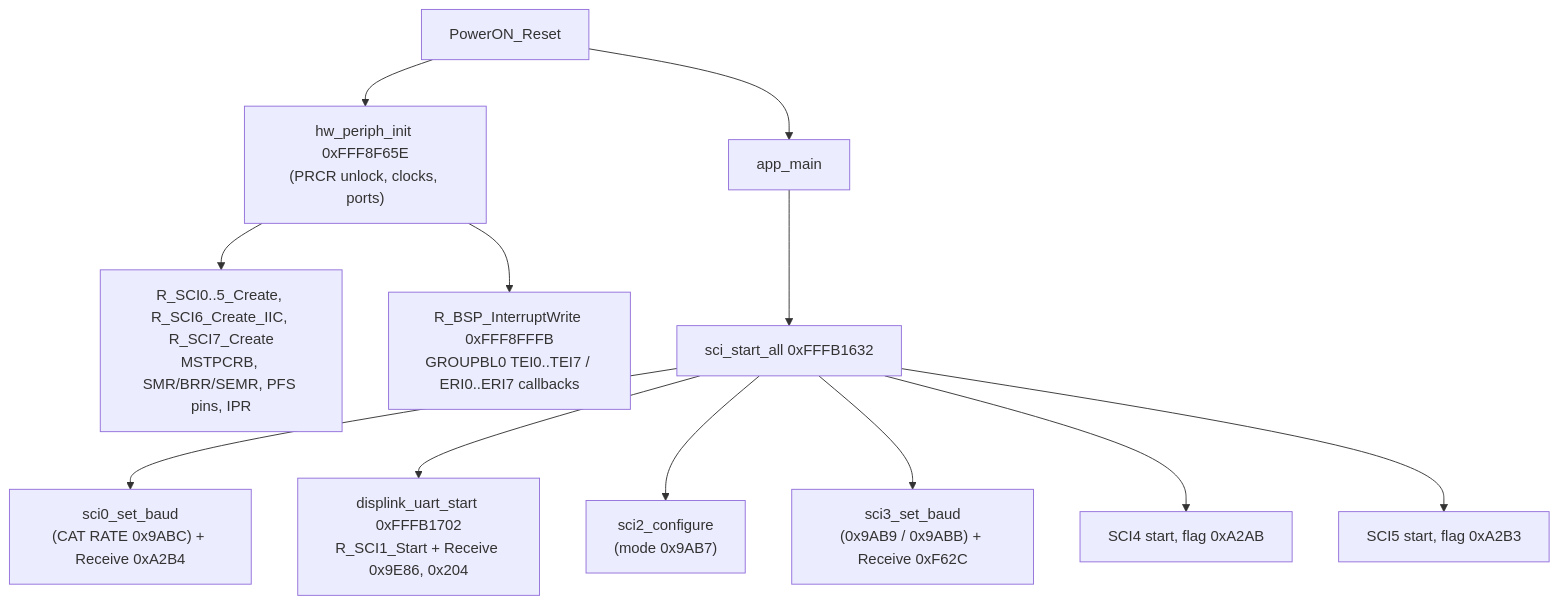
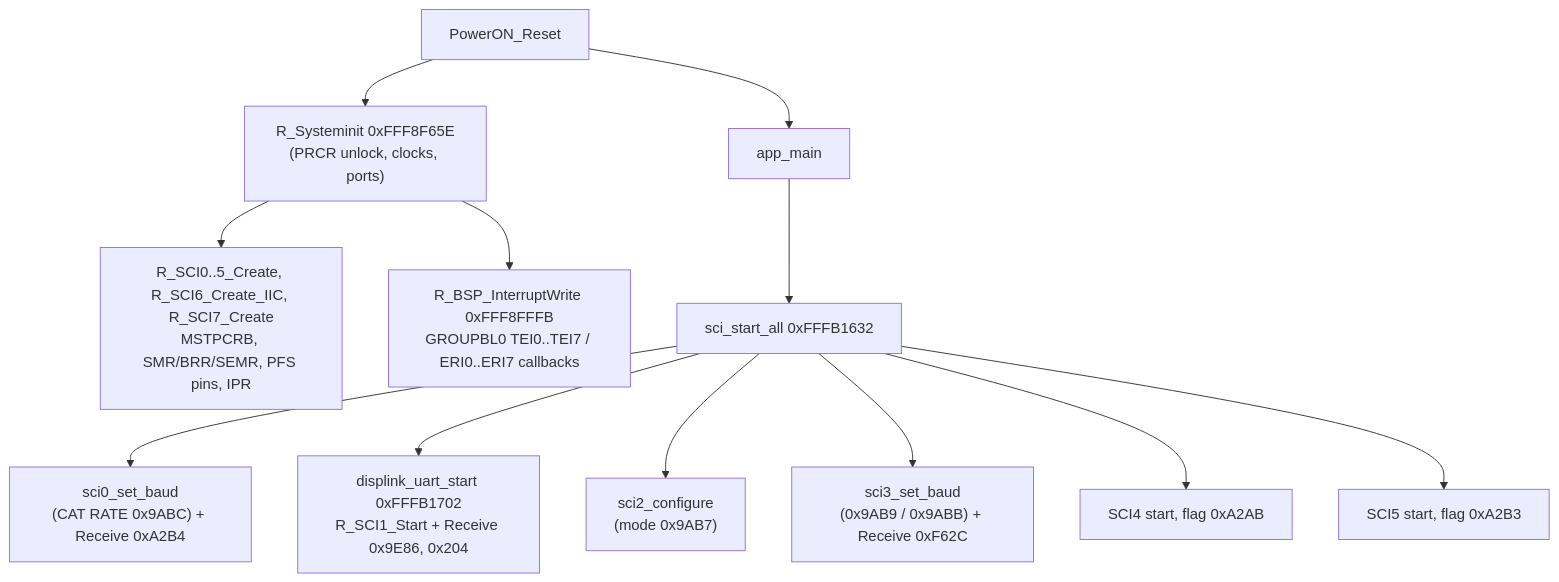
The diagram in docs/code/main/sci.md (Reid-n0rc/FT-710_Firmware), drawn with Mermaid before and after one commit. The commit also changed other lines of this file and 29 other files, not shown here.

````diff
--- a/docs/code/main/sci.md
+++ b/docs/code/main/sci.md
@@ -52,14 +51,14 @@
 ```mermaid
 flowchart TD
-  R["PowerON_Reset"] --> HW["hw_periph_init 0xFFF8F65E<br/>(PRCR unlock, clocks, ports)"]
+  R["PowerON_Reset"] --> HW["R_Systeminit 0xFFF8F65E<br/>(PRCR unlock, clocks, ports)"]
   HW --> C["R_SCI0..5_Create, R_SCI6_Create_IIC, R_SCI7_Create<br/>MSTPCRB, SMR/BRR/SEMR, PFS pins, IPR"]
   HW --> G["R_BSP_InterruptWrite 0xFFF8FFFB<br/>GROUPBL0 TEI0..TEI7 / ERI0..ERI7 callbacks"]
   R --> AM["app_main"]
   AM --> SA["sci_start_all 0xFFFB1632"]
   SA --> S0["sci0_set_baud<br/>(CAT RATE 0x9ABC) + Receive 0xA2B4"]
   SA --> S1["displink_uart_start 0xFFFB1702<br/>R_SCI1_Start + Receive 0x9E86, 0x204"]
   SA --> S2["sci2_configure<br/>(mode 0x9AB7)"]
   SA --> S3["sci3_set_baud<br/>(0x9AB9 / 0x9ABB) + Receive 0xF62C"]
   SA --> S4["SCI4 start, flag 0xA2AB"]
   SA --> S5["SCI5 start, flag 0xA2B3"]
 ```
````
